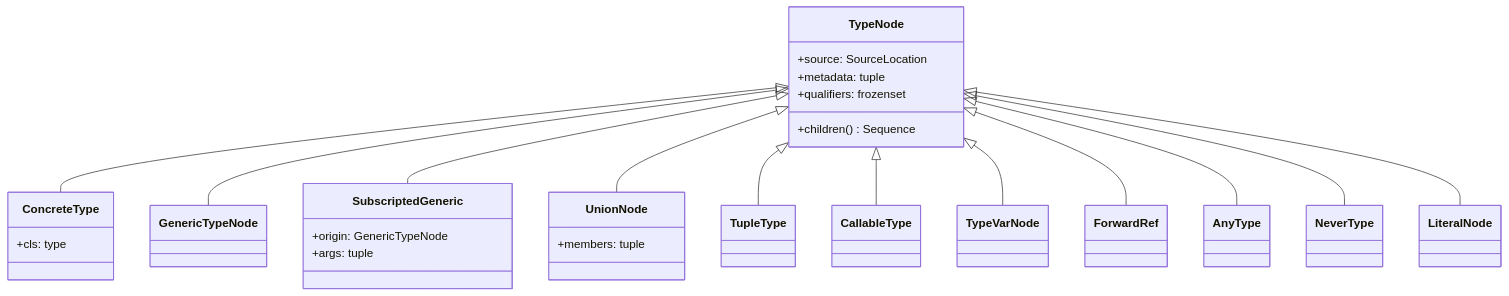
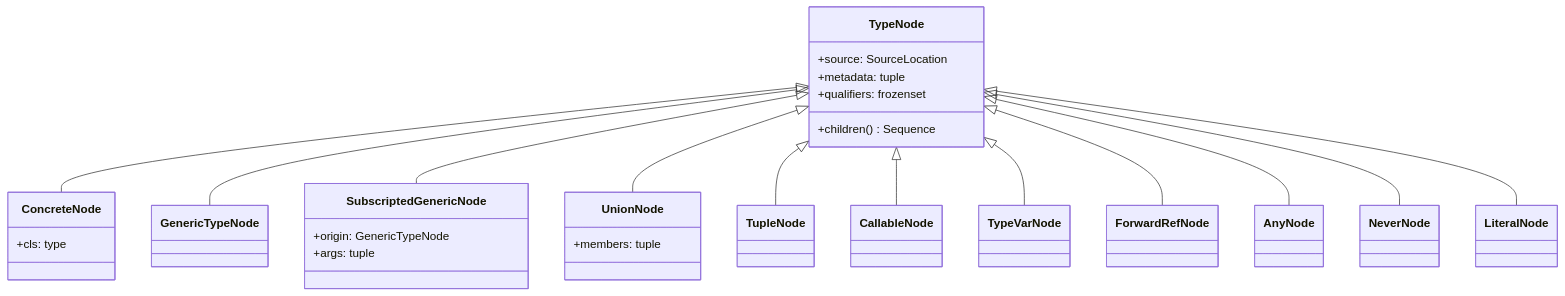
Before and after one commit to tbhb/typing-graph: the third of 3 diagrams in docs/explanation/architecture.md, drawn with Mermaid. The commit also changed other lines of this file and 50 other files, not shown here.

First line of the commit message:
refactor(api)!: standardize node and type guard naming conventions

````diff
--- a/docs/explanation/architecture.md
+++ b/docs/explanation/architecture.md
@@ -94,34 +94,34 @@
 ```mermaid
 classDiagram
-    TypeNode <|-- ConcreteType
+    TypeNode <|-- ConcreteNode
     TypeNode <|-- GenericTypeNode
-    TypeNode <|-- SubscriptedGeneric
+    TypeNode <|-- SubscriptedGenericNode
     TypeNode <|-- UnionNode
-    TypeNode <|-- TupleType
-    TypeNode <|-- CallableType
+    TypeNode <|-- TupleNode
+    TypeNode <|-- CallableNode
     TypeNode <|-- TypeVarNode
-    TypeNode <|-- ForwardRef
-    TypeNode <|-- AnyType
-    TypeNode <|-- NeverType
+    TypeNode <|-- ForwardRefNode
+    TypeNode <|-- AnyNode
+    TypeNode <|-- NeverNode
     TypeNode <|-- LiteralNode
 
     class TypeNode {
         +source: SourceLocation
         +metadata: tuple
         +qualifiers: frozenset
         +children() Sequence
     }
 
-    class ConcreteType {
+    class ConcreteNode {
         +cls: type
     }
 
-    class SubscriptedGeneric {
+    class SubscriptedGenericNode {
         +origin: GenericTypeNode
         +args: tuple
     }
 
     class UnionNode {
         +members: tuple
     }
 ```
````
